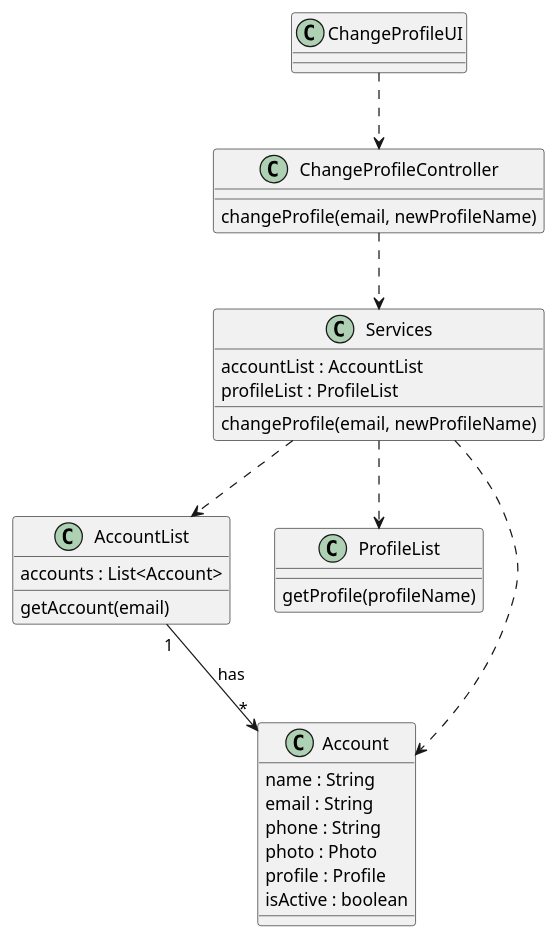
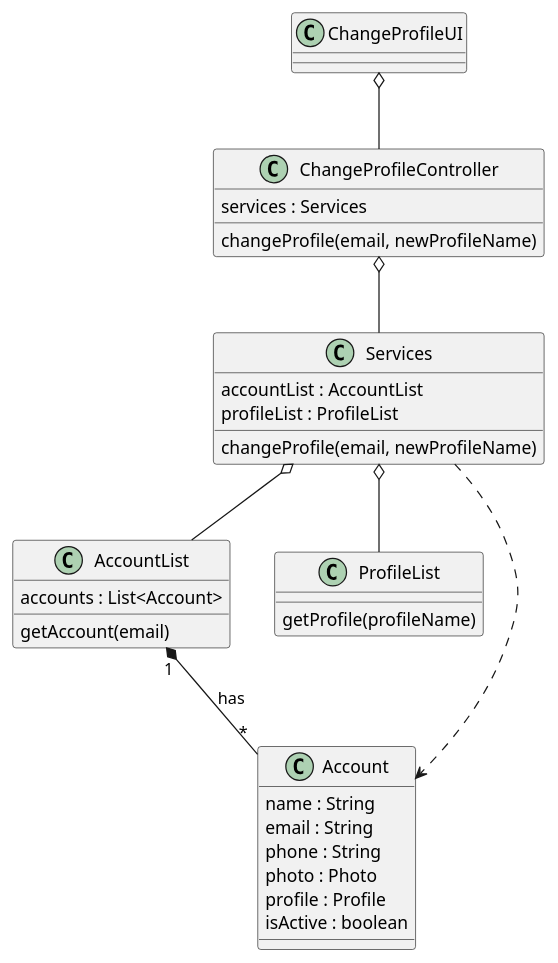
Before and after one commit to ivo-menezes/project_g3: the diagram in docs/modelling_design/user_stories/us003/US003_ChangeProfileCD.puml, drawn with PlantUML.

Commit message:
US003: Design: updated ChangeProfileCD

```diff
--- a/docs/modelling_design/user_stories/us003/US003_ChangeProfileCD.puml
+++ b/docs/modelling_design/user_stories/us003/US003_ChangeProfileCD.puml
@@ -1,40 +1,41 @@
 @startuml
 
 class ChangeProfileUI {}
 
 class ChangeProfileController {
+services : Services
 changeProfile(email, newProfileName)
 }
 
 class Services {
 accountList : AccountList
 profileList : ProfileList
 changeProfile(email, newProfileName)
 }
 
 class AccountList {
 accounts : List<Account>
 getAccount(email)
 }
 
 class ProfileList {
 getProfile(profileName)
 }
 
 class Account {
 name : String
 email : String
 phone : String
 photo : Photo
 profile : Profile
 isActive : boolean
 }
 
-ChangeProfileUI ..> ChangeProfileController
-ChangeProfileController ..> Services
-Services ..> AccountList
-Services ..> ProfileList
+ChangeProfileUI o-- ChangeProfileController
+ChangeProfileController o-- Services
+Services o-- AccountList
+Services o-- ProfileList
 Services ..> Account
-AccountList "1" --> "*" Account : has
+AccountList "1" *-- "*" Account : has
 
 @enduml
```
